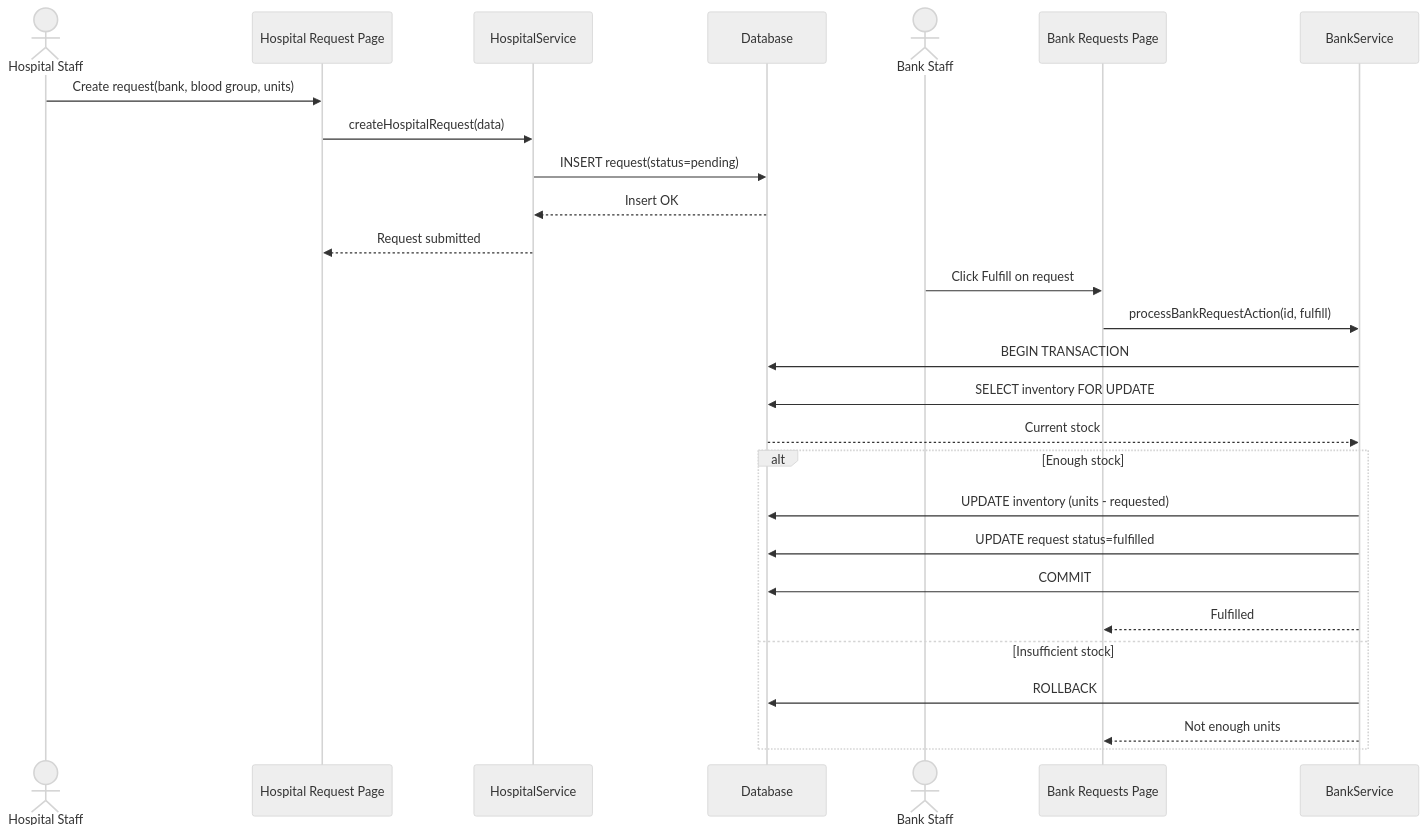
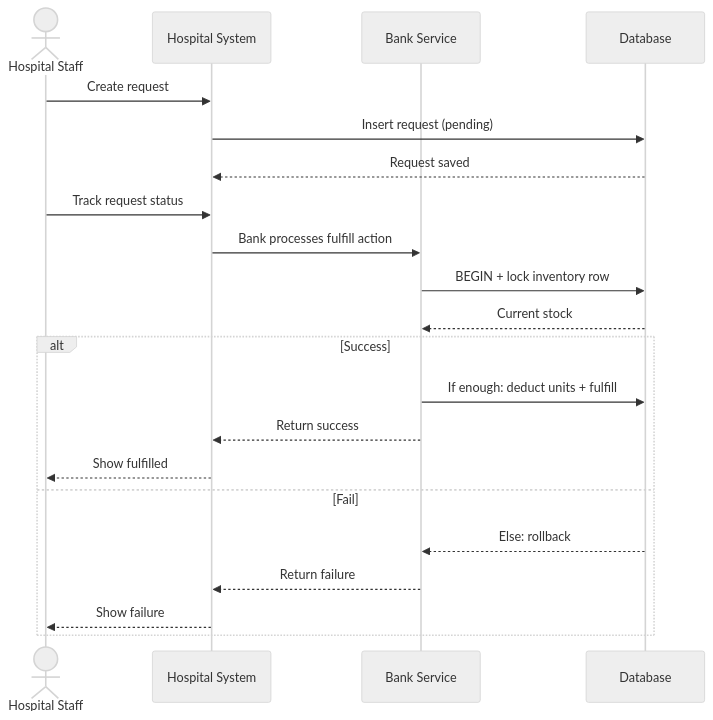
Before and after one commit to evii123/SE_blood_donation_system_Phase1_Team2: the fifth of 10 diagrams in SOFTWARE DESIGN AND MODELING.md, drawn with Mermaid (neutral theme). The commit also changed other lines of this file and 5 other files, not shown here.

````diff
--- a/SOFTWARE DESIGN AND MODELING.md
+++ b/SOFTWARE DESIGN AND MODELING.md
@@ -289,31 +287,25 @@
 ```mermaid
 sequenceDiagram
     actor HospitalStaff as Hospital Staff
-    participant HUI as Hospital Request Page
-    participant HS as HospitalService
+    participant HSys as Hospital System
+    participant BS as Bank Service
     participant DB as Database
-    actor BankStaff as Bank Staff
-    participant BUI as Bank Requests Page
-    participant BS as BankService
 
-    HospitalStaff->>HUI: Create request(bank, blood group, units)
-    HUI->>HS: createHospitalRequest(data)
-    HS->>DB: INSERT request(status=pending)
-    DB-->>HS: Insert OK
-    HS-->>HUI: Request submitted
+    HospitalStaff->>HSys: Create request
+    HSys->>DB: Insert request (pending)
+    DB-->>HSys: Request saved
 
-    BankStaff->>BUI: Click Fulfill on request
-    BUI->>BS: processBankRequestAction(id, fulfill)
-    BS->>DB: BEGIN TRANSACTION
-    BS->>DB: SELECT inventory FOR UPDATE
+    HospitalStaff->>HSys: Track request status
+    HSys->>BS: Bank processes fulfill action
+    BS->>DB: BEGIN + lock inventory row
     DB-->>BS: Current stock
-    alt Enough stock
-        BS->>DB: UPDATE inventory (units - requested)
-        BS->>DB: UPDATE request status=fulfilled
-        BS->>DB: COMMIT
-        BS-->>BUI: Fulfilled
-    else Insufficient stock
-        BS->>DB: ROLLBACK
-        BS-->>BUI: Not enough units
+    alt Success
+        BS->>DB: If enough: deduct units + fulfill
+        BS-->>HSys: Return success
+        HSys-->>HospitalStaff: Show fulfilled
+    else Fail
+        DB-->>BS: Else: rollback
+        BS-->>HSys: Return failure
+        HSys-->>HospitalStaff: Show failure
     end
 ```
````
